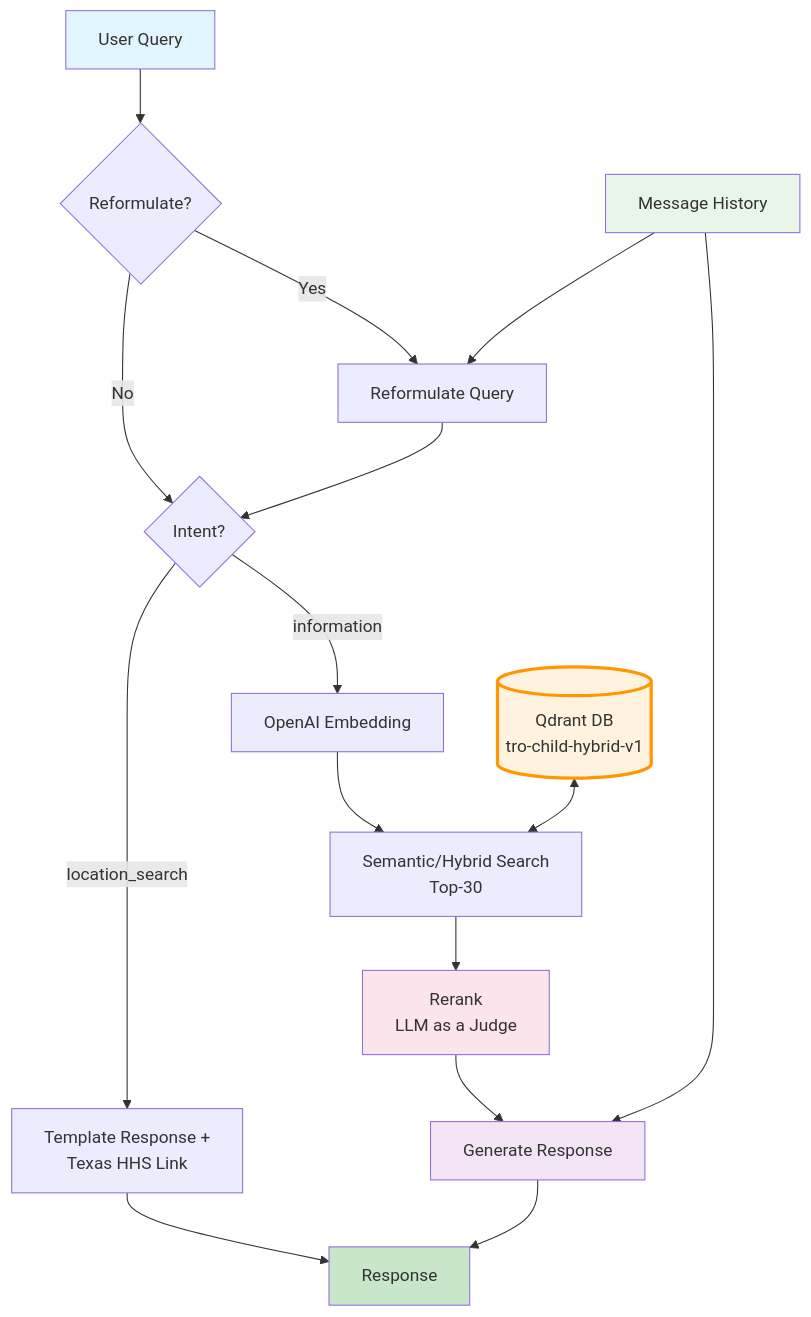
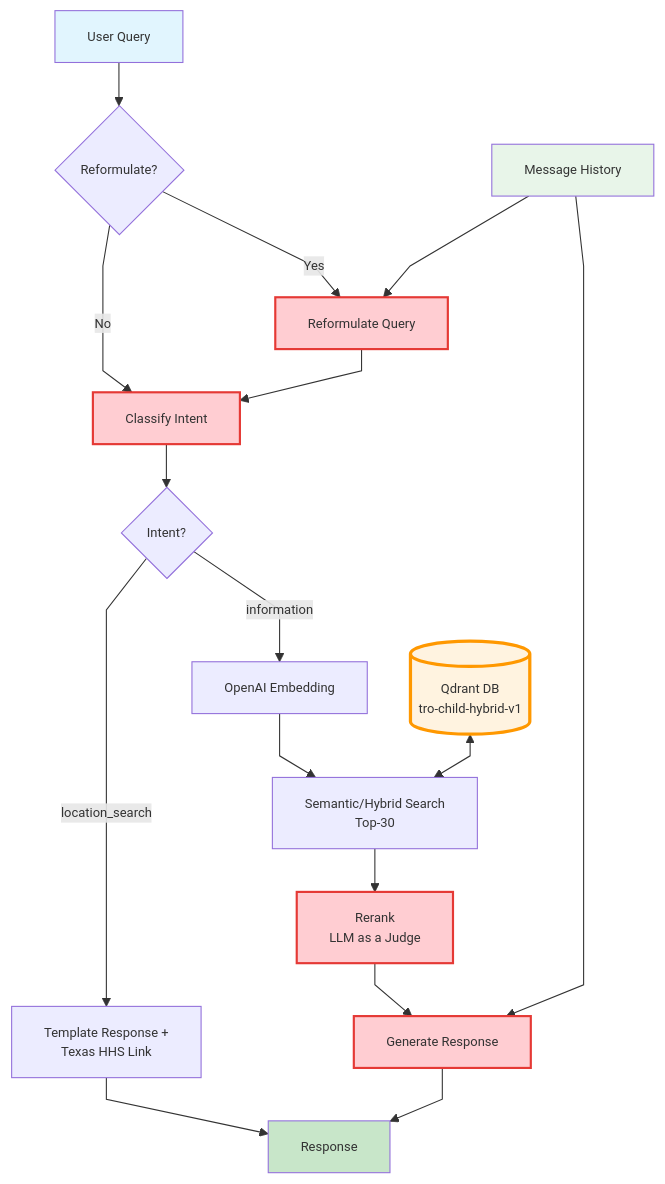
Before and after one commit to techybolek/child: the diagram in SPECS/diagrams/custom-rag-diagram.md, drawn with Mermaid. The commit also changed 3 other files, not shown here.

````diff
--- a/SPECS/diagrams/custom-rag-diagram.md
+++ b/SPECS/diagrams/custom-rag-diagram.md
@@ -3,30 +3,35 @@
 ```mermaid
+%%{init: {'flowchart': {'nodeSpacing': 40, 'rankSpacing': 40, 'curve': 'linear'}, 'themeVariables': {'fontSize': '12px'}}}%%
 flowchart TD
     A[User Query] --> B{Reformulate?}
 
     B -->|Yes| C[Reformulate Query]
-    B -->|No| E{Intent?}
-    C --> E
+    B -->|No| D[Classify Intent]
+    C --> D
+
+    D --> E{Intent?}
 
     E -->|location_search| F[Template Response +<br/>Texas HHS Link]
     F --> Z[Response]
 
     E -->|information| G[OpenAI Embedding]
     G --> H[Semantic/Hybrid Search<br/>Top-30]
     QDB[(Qdrant DB<br/>tro-child-hybrid-v1)] <--> H
 
     H --> I[Rerank<br/>LLM as a Judge]
 
     I --> J[Generate Response]
     MEM[Message History] --> C
     MEM --> J
 
     J --> Z
 
     style A fill:#e1f5fe
     style Z fill:#c8e6c9
     style QDB fill:#fff3e0,stroke:#ff9800,stroke-width:3px
-    style I fill:#fce4ec
-    style J fill:#f3e5f5
     style MEM fill:#e8f5e9
+    style C fill:#ffcdd2,stroke:#e53935,stroke-width:2px
+    style D fill:#ffcdd2,stroke:#e53935,stroke-width:2px
+    style I fill:#ffcdd2,stroke:#e53935,stroke-width:2px
+    style J fill:#ffcdd2,stroke:#e53935,stroke-width:2px
 ```
````
